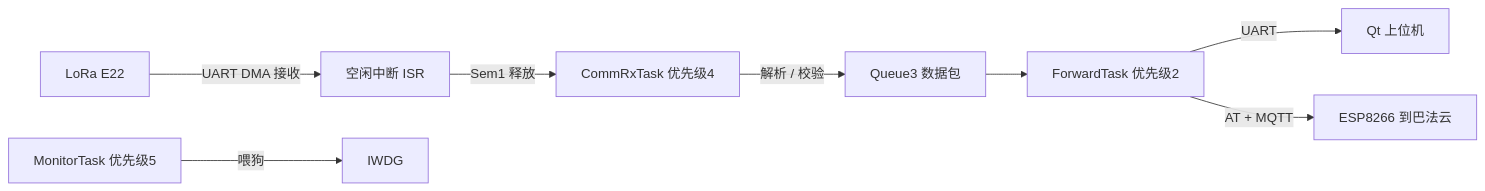
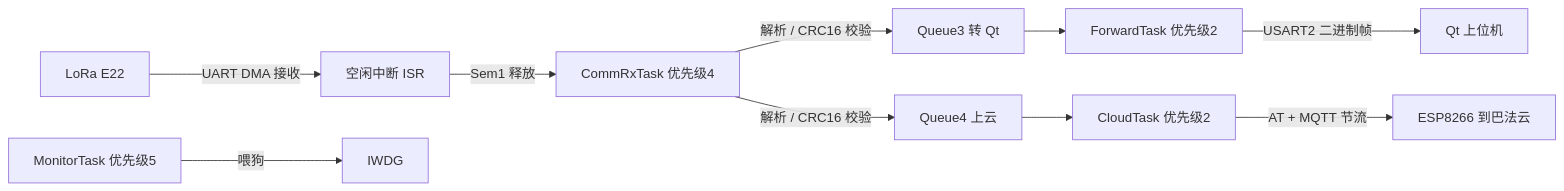
One commit to lmh666-yes/Second_Project_Demo changed the diagram in S_N_sys/Project_2_数据通信端/数据传输端设计.md. Above: the diagram before and after it, drawn with Mermaid. The commit also changed other lines of this file and 52 other files, not shown here.

````diff
--- a/S_N_sys/Project_2_数据通信端/数据传输端设计.md
+++ b/S_N_sys/Project_2_数据通信端/数据传输端设计.md
@@ -70,10 +77,12 @@
 ```mermaid
 flowchart LR
     A["LoRa E22"] --"UART DMA 接收"--> B["空闲中断 ISR"]
     B --"Sem1 释放"--> C["CommRxTask 优先级4"]
-    C --"解析 / 校验"--> D["Queue3 数据包"]
-    D --> E["ForwardTask 优先级2"]
-    E --"UART"--> F["Qt 上位机"]
-    E --"AT + MQTT"--> G["ESP8266 到巴法云"]
-    H["MonitorTask 优先级5"] --"喂狗"--> I["IWDG"]
+    C --"解析 / CRC16 校验"--> D1["Queue3 转 Qt"]
+    C --"解析 / CRC16 校验"--> D2["Queue4 上云"]
+    D1 --> E["ForwardTask 优先级2"]
+    E --"USART2 二进制帧"--> F["Qt 上位机"]
+    D2 --> G["CloudTask 优先级2"]
+    G --"AT + MQTT 节流"--> H["ESP8266 到巴法云"]
+    I["MonitorTask 优先级5"] --"喂狗"--> J["IWDG"]
 ```
````
